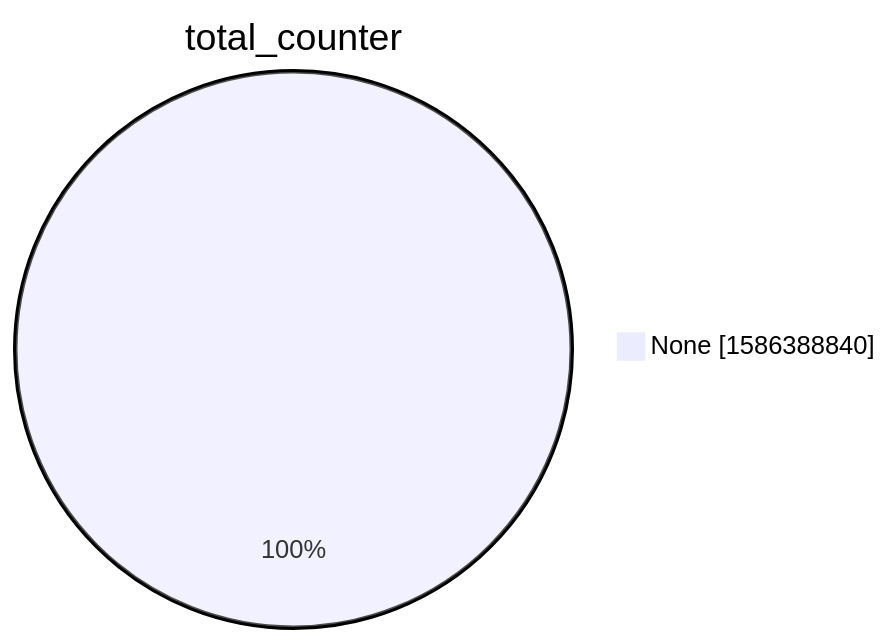
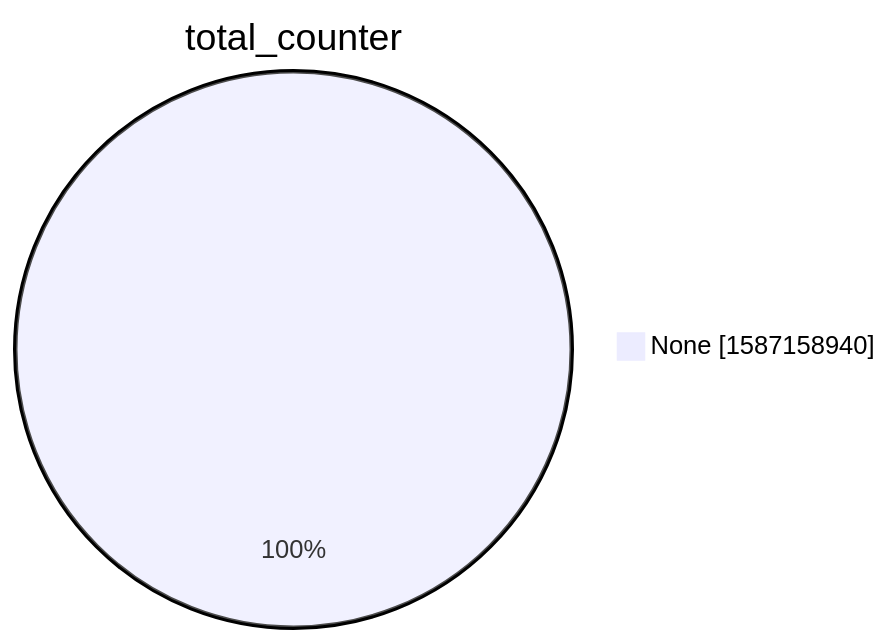
Before and after one commit to christiankrug/ctmonitor_visualization: the second of 15 diagrams in xenon2022/README.md, drawn with Mermaid. The commit also changed other lines of this file, not shown here.

````diff
--- a/xenon2022/README.md
+++ b/xenon2022/README.md
@@ -9,5 +9,5 @@
 ```mermaid
 pie showData
 title total_counter
-"None" :1586388840
+"None" :1587158940
 ```
````
